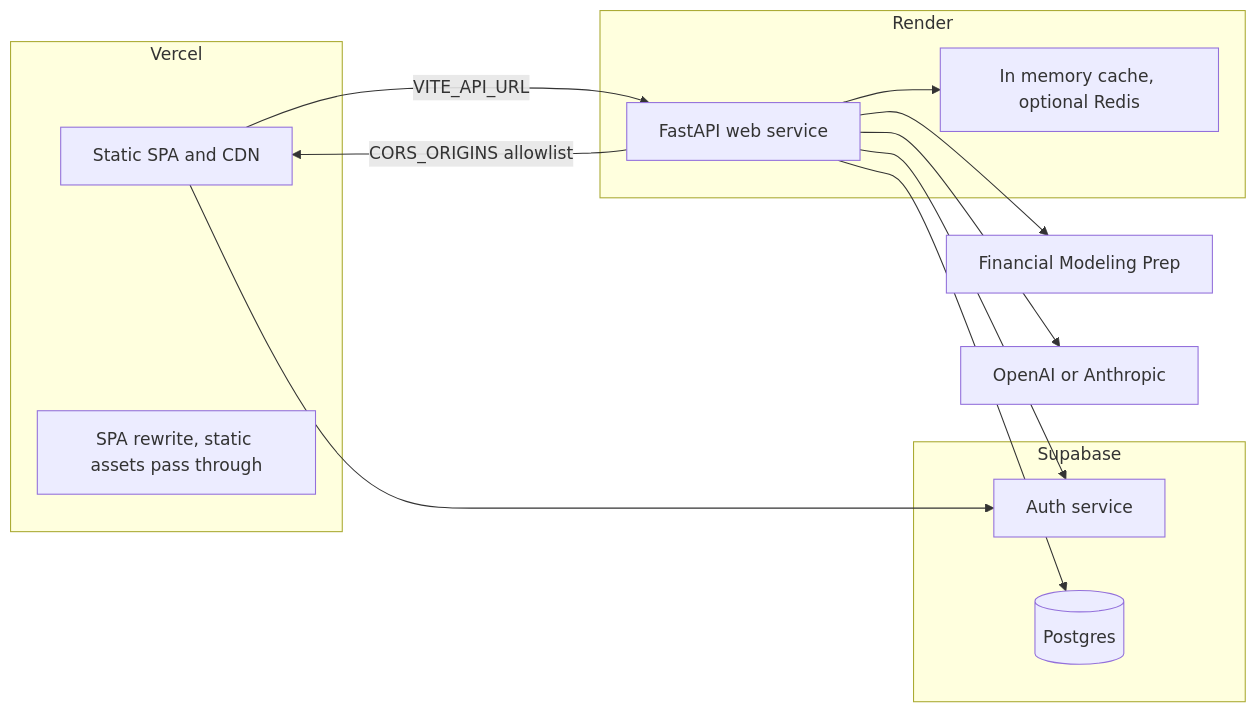
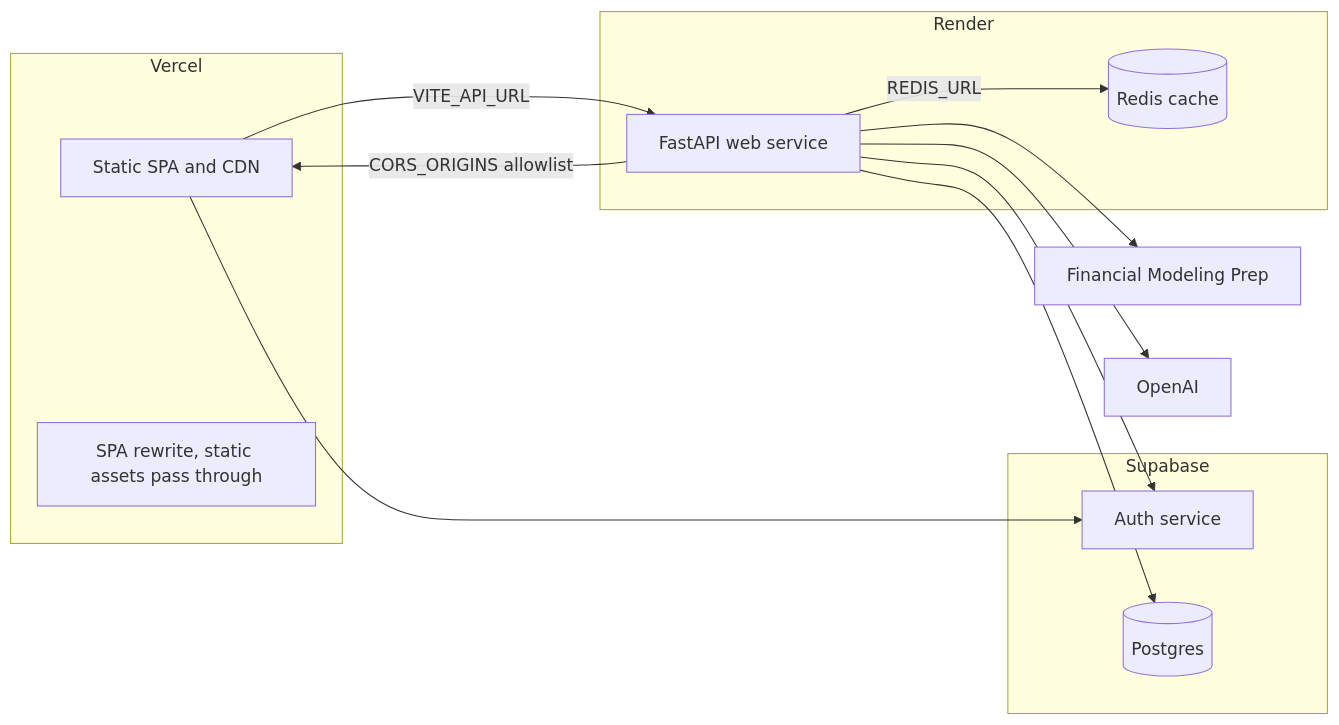
One commit to jadencutinha/optimal-portfolio changed the second of 8 diagrams in ARCHITECTURE.md. Above: the diagram before and after it, drawn with Mermaid. The commit also changed other lines of this file and 5 other files, not shown here.

Commit message:
updated architecture diagrams

````diff
--- a/ARCHITECTURE.md
+++ b/ARCHITECTURE.md
@@ -87,29 +87,29 @@
 ```mermaid
 flowchart LR
     subgraph Vercel["Vercel"]
       Static["Static SPA and CDN"]
       Rewrite["SPA rewrite, static assets pass through"]
     end
 
     subgraph Render["Render"]
       Web["FastAPI web service"]
-      Cache["In memory cache, optional Redis"]
+      Cache[("Redis cache")]
     end
 
     subgraph Supabase["Supabase"]
       SAuth["Auth service"]
       SPG[("Postgres")]
     end
 
     ExtFMP["Financial Modeling Prep"]
-    ExtLLM["OpenAI or Anthropic"]
+    ExtLLM["OpenAI"]
 
     Static -->|"VITE_API_URL"| Web
     Web -->|"CORS_ORIGINS allowlist"| Static
-    Web --> Cache
+    Web -->|"REDIS_URL"| Cache
     Web --> SPG
     Web --> SAuth
     Static --> SAuth
     Web --> ExtFMP
     Web --> ExtLLM
 ```
````
